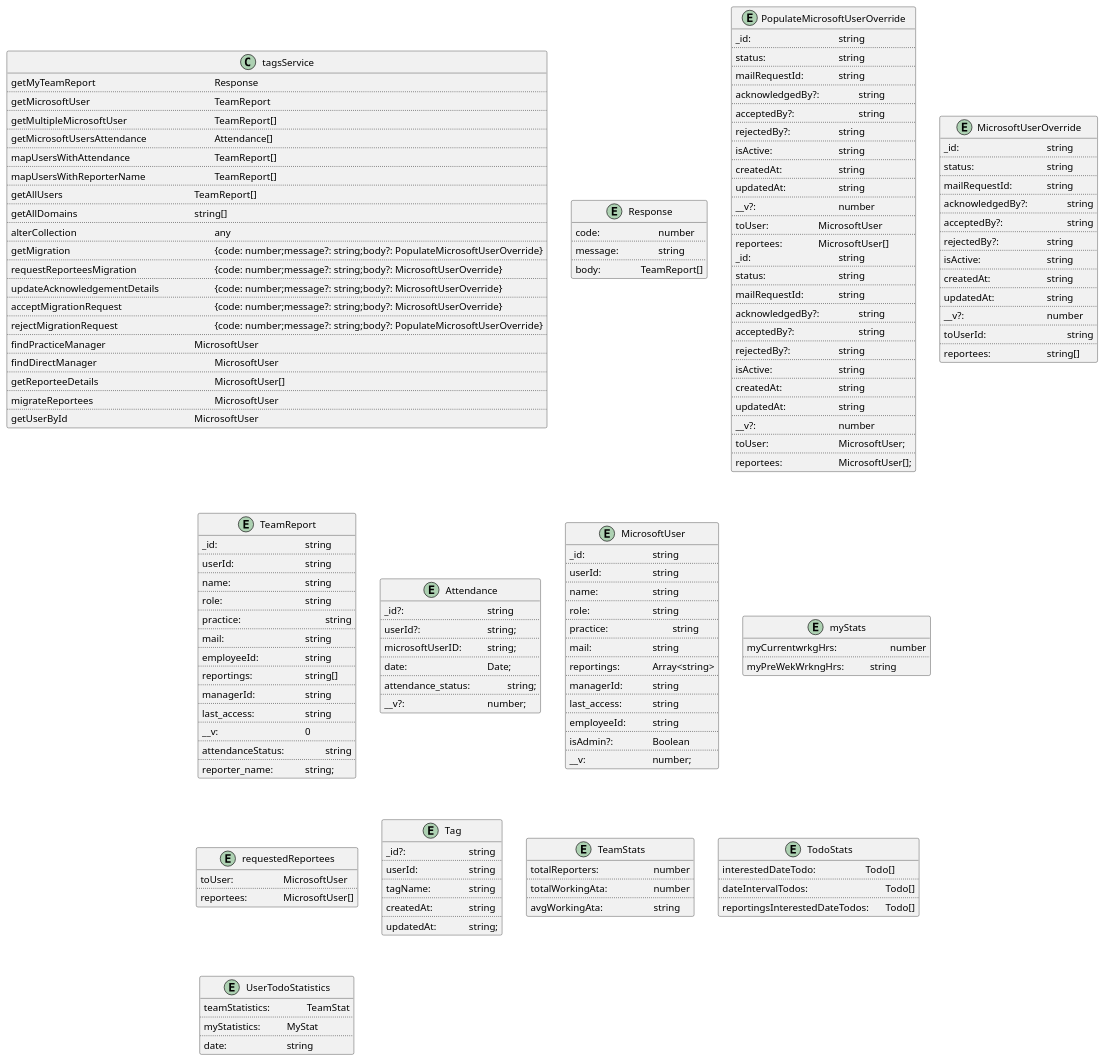
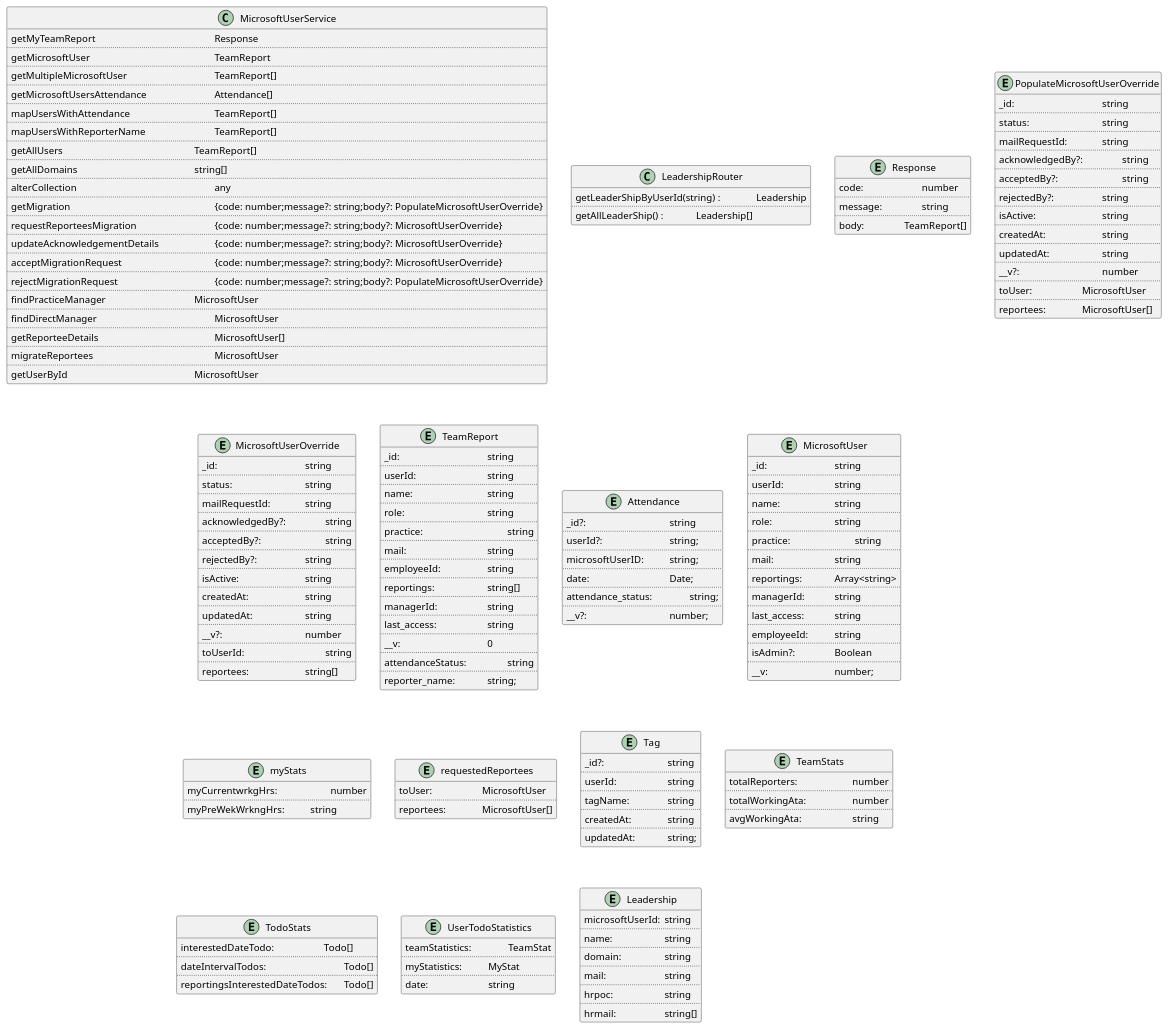
Before and after one commit to avasoft-mobility/workday-design: the diagram in backend/services_design/user_service/class_diagram/user.class.puml, drawn with PlantUML. The commit also changed 1 other file, not shown here.

Commit message:
Configure the TD for getLeadership ep

```diff
--- a/backend/services_design/user_service/class_diagram/user.class.puml
+++ b/backend/services_design/user_service/class_diagram/user.class.puml
@@ -1,6 +1,6 @@
 @startuml user service class diagram
 
-class tagsService {
+class MicrosoftUserService {
   getMyTeamReport  \t\t\t\t\t\t Response
   ..
   getMicrosoftUser  \t\t\t\t\t\t TeamReport
@@ -38,6 +38,12 @@
   migrateReportees \t\t\t\t\t\t MicrosoftUser
   ..
   getUserById \t\t\t\t\t\t\t MicrosoftUser
+}
+
+class LeadershipRouter {
+  getLeaderShipByUserId(string) : \t\tLeadership
+  ..
+  getAllLeaderShip() : \t\tLeadership[]
 }
 
 entity Response{
@@ -98,32 +104,6 @@
     toUserId: \t\t\t\t string
     ..
     reportees: \t\t\t string[]
-}
-
-entity PopulateMicrosoftUserOverride{
-    _id: \t\t\t\t\t string
-    ..
-    status: \t\t\t\t string
-    ..
-    mailRequestId: \t\t string
-    ..
-    acknowledgedBy?: \t\t string
-    ..
-    acceptedBy?: \t\t\t string
-    ..
-    rejectedBy?: \t\t\t string
-    ..
-    isActive: \t\t\t\t string
-    ..
-    createdAt: \t\t\t string
-    ..
-    updatedAt: \t\t\t string
-    ..
-    __v?: \t\t\t\t number
-    ..
-  toUser: \t\t\t\t MicrosoftUser;
-  ..
-  reportees: \t\t\t MicrosoftUser[];
 }
 
 entity TeamReport{
@@ -242,4 +222,18 @@
   date: \t\t\t string
 }
 
+entity Leadership {
+  microsoftUserId:\tstring
+  ..
+  name: \t\t\tstring
+  ..
+  domain: \t\t\tstring
+  ..
+  mail: \t\t\tstring
+  ..
+  hrpoc: \t\t\tstring
+  ..
+  hrmail: \t\t\tstring[]
+}
+
 @enduml
```
